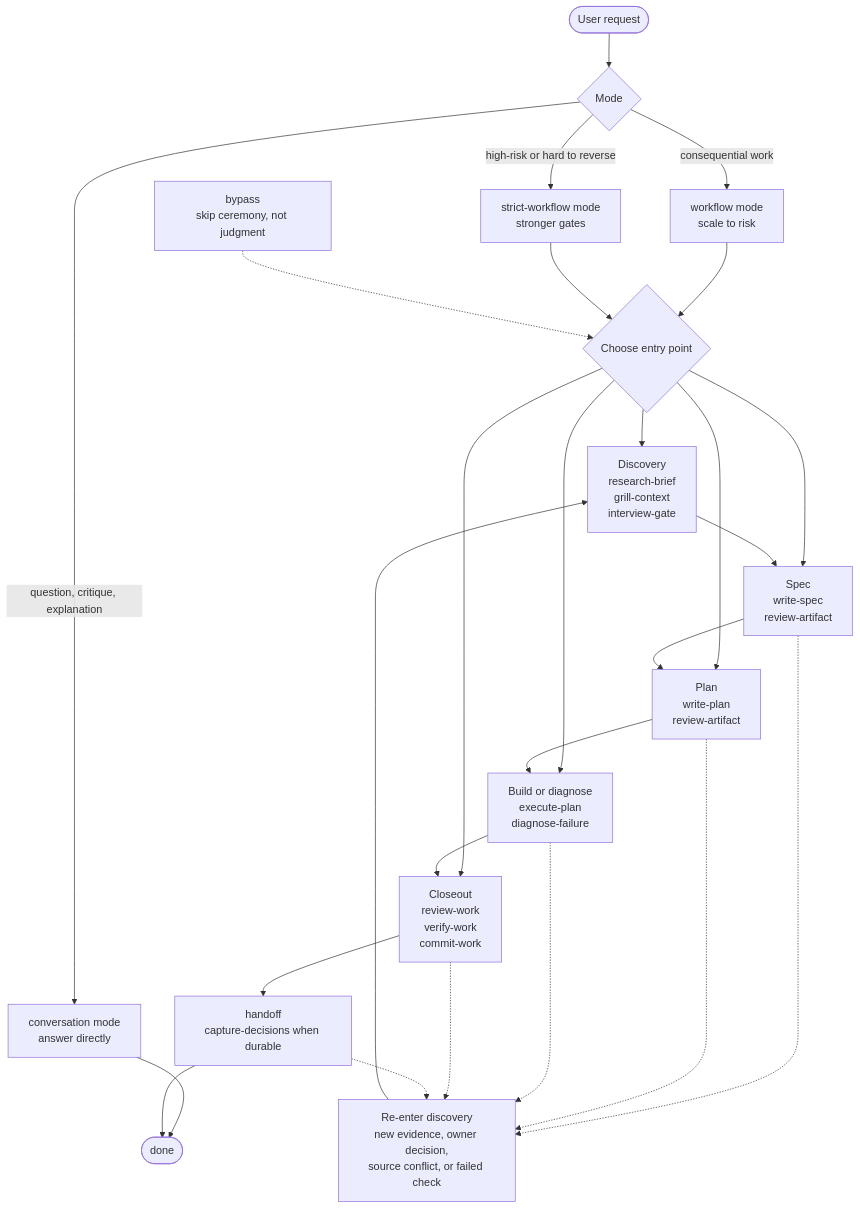
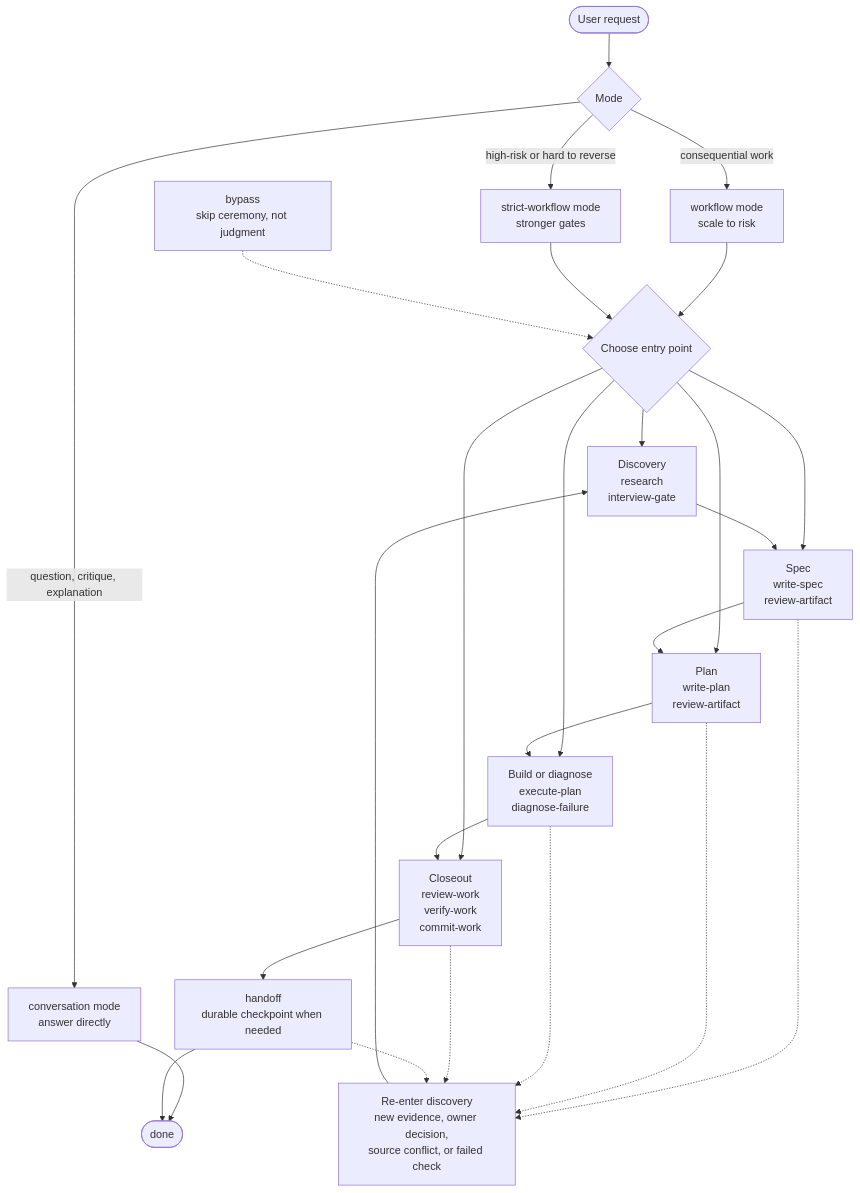
The second of 2 diagrams in plugins/freeflow/skills/workflow/references/workflow-map.md (hassan-mohiddin/freeflow), drawn with Mermaid before and after one commit. The commit also changed other lines of this file and 36 other files, not shown here.

First line of the commit message:
Add research discovery skill

````diff
--- a/plugins/freeflow/skills/workflow/references/workflow-map.md
+++ b/plugins/freeflow/skills/workflow/references/workflow-map.md
@@ -39,36 +39,36 @@
 ```mermaid
 flowchart TD
   Request([User request]) --> Mode{Mode}
 
   Mode -->|question, critique, explanation| Conversation[conversation mode<br/>answer directly]
   Conversation --> Done([done])
 
   Mode -->|consequential work| Workflow[workflow mode<br/>scale to risk]
   Mode -->|high-risk or hard to reverse| Strict[strict-workflow mode<br/>stronger gates]
 
   Workflow --> Entry{Choose entry point}
   Strict --> Entry
 
-  Entry --> Discovery[Discovery<br/>research-brief<br/>grill-context<br/>interview-gate]
+  Entry --> Discovery[Discovery<br/>research<br/>interview-gate]
   Entry --> Spec[Spec<br/>write-spec<br/>review-artifact]
   Entry --> Plan[Plan<br/>write-plan<br/>review-artifact]
   Entry --> Build[Build or diagnose<br/>execute-plan<br/>diagnose-failure]
   Entry --> Closeout[Closeout<br/>review-work<br/>verify-work<br/>commit-work]
 
   Discovery --> Spec
   Spec --> Plan
   Plan --> Build
   Build --> Closeout
-  Closeout --> Handoff[handoff<br/>capture-decisions when durable]
+  Closeout --> Handoff[handoff<br/>durable checkpoint when needed]
   Handoff --> Done
 
   Reenter[Re-enter discovery<br/>new evidence, owner decision,<br/>source conflict, or failed check]
   Spec -.-> Reenter
   Plan -.-> Reenter
   Build -.-> Reenter
   Closeout -.-> Reenter
   Handoff -.-> Reenter
   Reenter --> Discovery
 
   Bypass[bypass<br/>skip ceremony, not judgment] -.-> Entry
 ```
````
